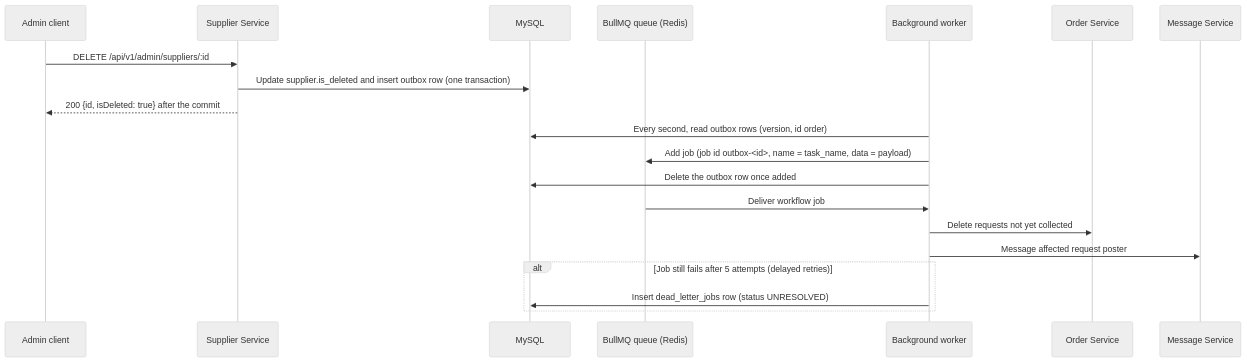
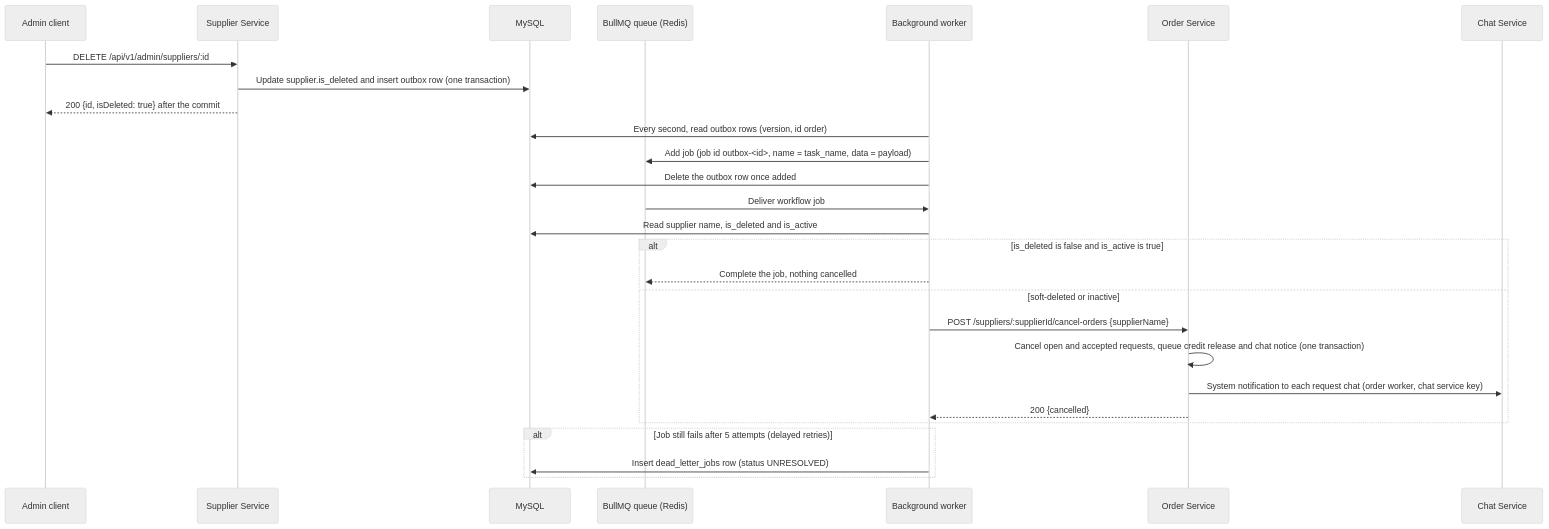
Before and after one commit to AY2627S1-CS3219-P18/FoC: the seventh of 9 diagrams in supplier-service/SupplierServiceArchitecture.md, drawn with Mermaid (neutral theme). The commit also changed other lines of this file and 2 other files, not shown here.

Commit message:
Docs: record the supplier shut-down flow; AI usage log entries

````diff
--- a/supplier-service/SupplierServiceArchitecture.md
+++ b/supplier-service/SupplierServiceArchitecture.md
@@ -1021,23 +1036,30 @@
 ```mermaid
 sequenceDiagram
     participant Admin as Admin client
     participant Supplier as Supplier Service
     participant DB as MySQL
     participant Redis as BullMQ queue (Redis)
     participant Worker as Background worker
     participant Order as Order Service
-    participant Message as Message Service
+    participant Chat as Chat Service
 
     Admin->>Supplier: DELETE /api/v1/admin/suppliers/:id
     Supplier->>DB: Update supplier.is_deleted and insert outbox row (one transaction)
     Supplier-->>Admin: 200 {id, isDeleted: true} after the commit
     Worker->>DB: Every second, read outbox rows (version, id order)
     Worker->>Redis: Add job (job id outbox-<id>, name = task_name, data = payload)
     Worker->>DB: Delete the outbox row once added
     Redis->>Worker: Deliver workflow job
-    Worker->>Order: Delete requests not yet collected
-    Worker->>Message: Message affected request poster
+    Worker->>DB: Read supplier name, is_deleted and is_active
+    alt is_deleted is false and is_active is true
+        Worker-->>Redis: Complete the job, nothing cancelled
+    else soft-deleted or inactive
+        Worker->>Order: POST /suppliers/:supplierId/cancel-orders {supplierName}
+        Order->>Order: Cancel open and accepted requests, queue credit release and chat notice (one transaction)
+        Order->>Chat: System notification to each request chat (order worker, chat service key)
+        Order-->>Worker: 200 {cancelled}
+    end
     alt Job still fails after 5 attempts (delayed retries)
         Worker->>DB: Insert dead_letter_jobs row (status UNRESOLVED)
     end
 ```
````
